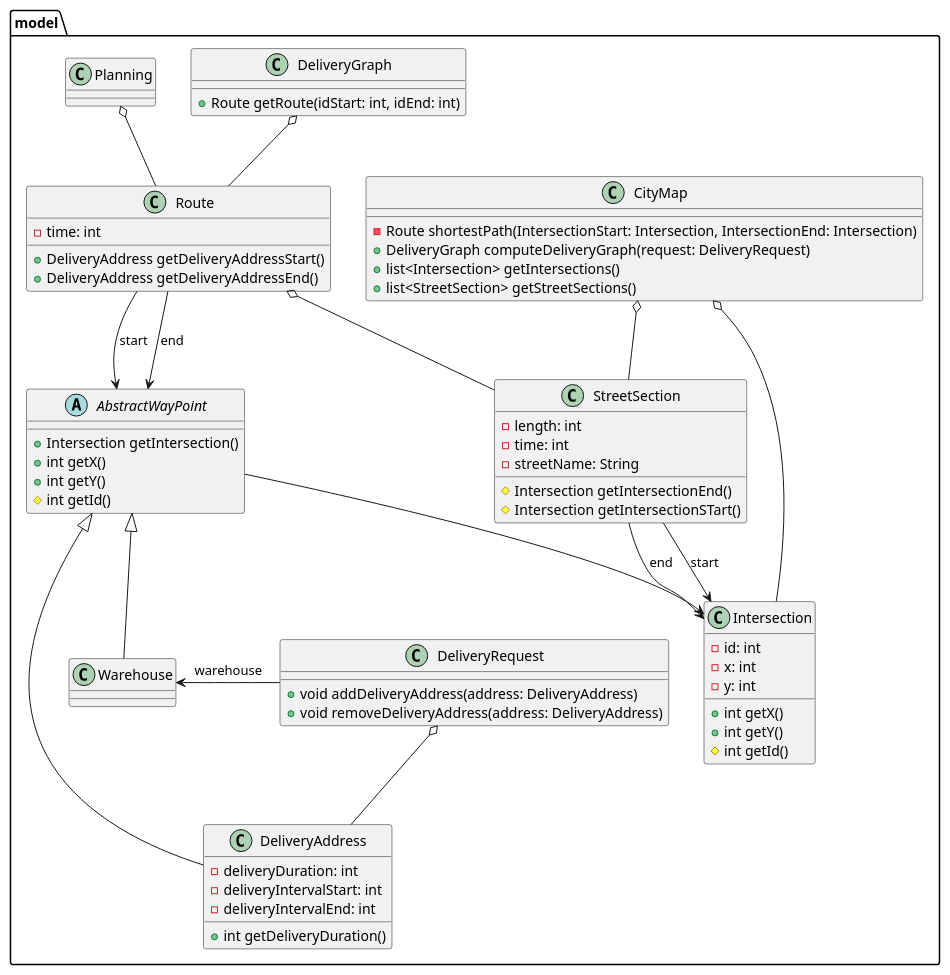
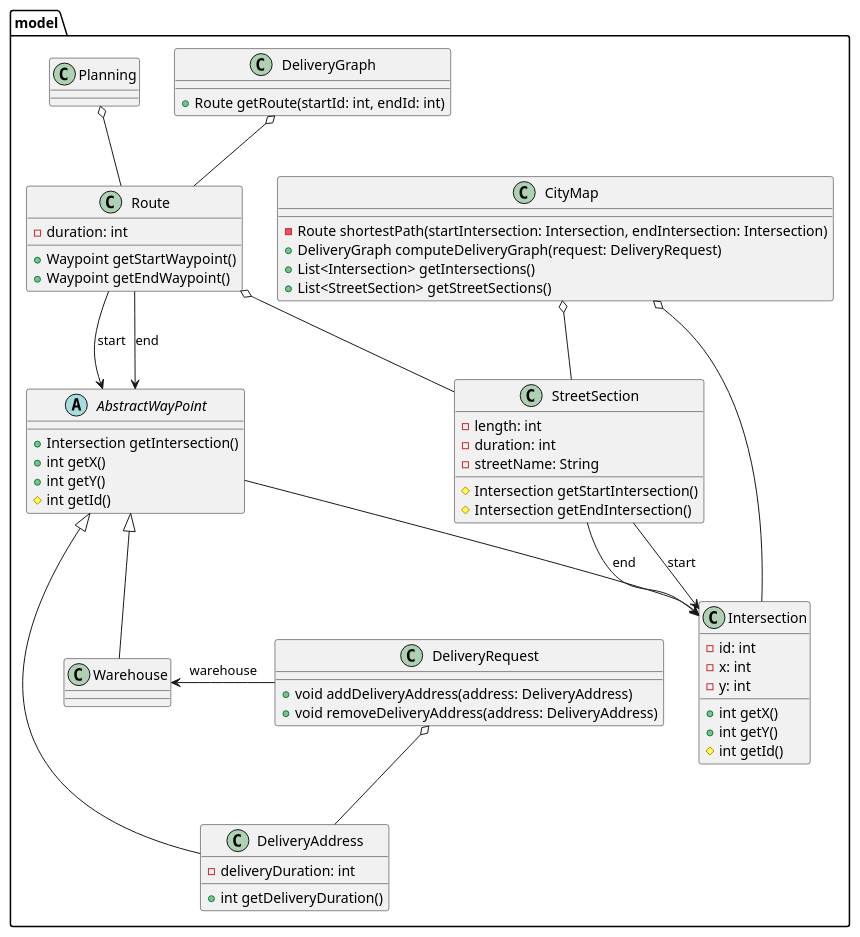
The diagram in docs/uml/package.model.puml (if-h4102/pld-agile), drawn with PlantUML before and after one commit. The commit also changed 12 other files, not shown here.

```diff
--- a/docs/uml/package.model.puml
+++ b/docs/uml/package.model.puml
@@ -1,81 +1,81 @@
 @startuml
 
 package model {
     class CityMap {
-       -Route shortestPath(IntersectionStart: Intersection, IntersectionEnd: Intersection)
+       -Route shortestPath(startIntersection: Intersection, endIntersection: Intersection)
        +DeliveryGraph computeDeliveryGraph(request: DeliveryRequest)
-       +list<Intersection> getIntersections()
-       +list<StreetSection> getStreetSections()
+       +List<Intersection> getIntersections()
+       +List<StreetSection> getStreetSections()
     }
 
     class DeliveryGraph {
-        +Route getRoute(idStart: int, idEnd: int)
+        +Route getRoute(startId: int, endId: int)
     }
 
     class StreetSection {
         -length: int
-        -time: int
+        -duration: int
         -streetName: String
-        #Intersection getIntersectionEnd()
-        #Intersection getIntersectionSTart()
+        #Intersection getStartIntersection()
+        #Intersection getEndIntersection()
     }
 
     class Intersection {
         -id: int
         -x: int
         -y: int
         +int getX()
         +int getY()
         #int getId()
     }
 
     abstract class AbstractWayPoint {
         +Intersection getIntersection()
         +int getX()
         +int getY()
         #int getId()
     }
 
     class DeliveryAddress {
         -deliveryDuration: int
-        -deliveryIntervalStart: int
-        -deliveryIntervalEnd: int
+'        -deliveryIntervalStart: int
+'        -deliveryIntervalEnd: int
         +int getDeliveryDuration()
     }
 
     class Warehouse {
     }
 
     class DeliveryRequest {
         +void addDeliveryAddress(address: DeliveryAddress)
         +void removeDeliveryAddress(address: DeliveryAddress)
     }
 
     class Planning {
     }
 
     class Route {
-        -time: int
-        +DeliveryAddress getDeliveryAddressStart()
-        +DeliveryAddress getDeliveryAddressEnd()
+        -duration: int
+        +Waypoint getStartWaypoint()
+        +Waypoint getEndWaypoint()
     }
 
     CityMap o-- StreetSection
     CityMap o-- Intersection
     AbstractWayPoint --> Intersection
     StreetSection --> Intersection : end
     StreetSection --> Intersection : start
     Route o-- StreetSection
     Route --> AbstractWayPoint : end
     Route --> AbstractWayPoint : start
     AbstractWayPoint <|-- DeliveryAddress
     AbstractWayPoint <|-- Warehouse
     DeliveryRequest o-- DeliveryAddress
     DeliveryRequest -left-> Warehouse : warehouse
     DeliveryGraph o-- Route
     Planning o-- Route
 }
 
 
 
 @enduml
```
